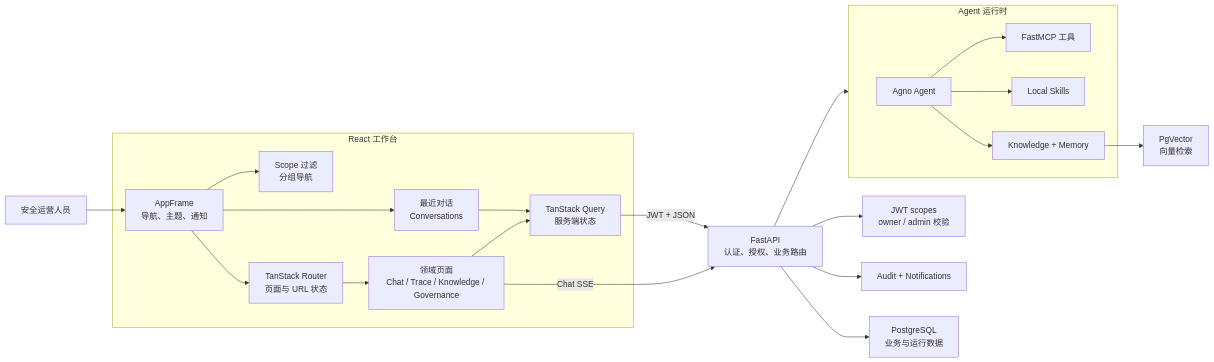
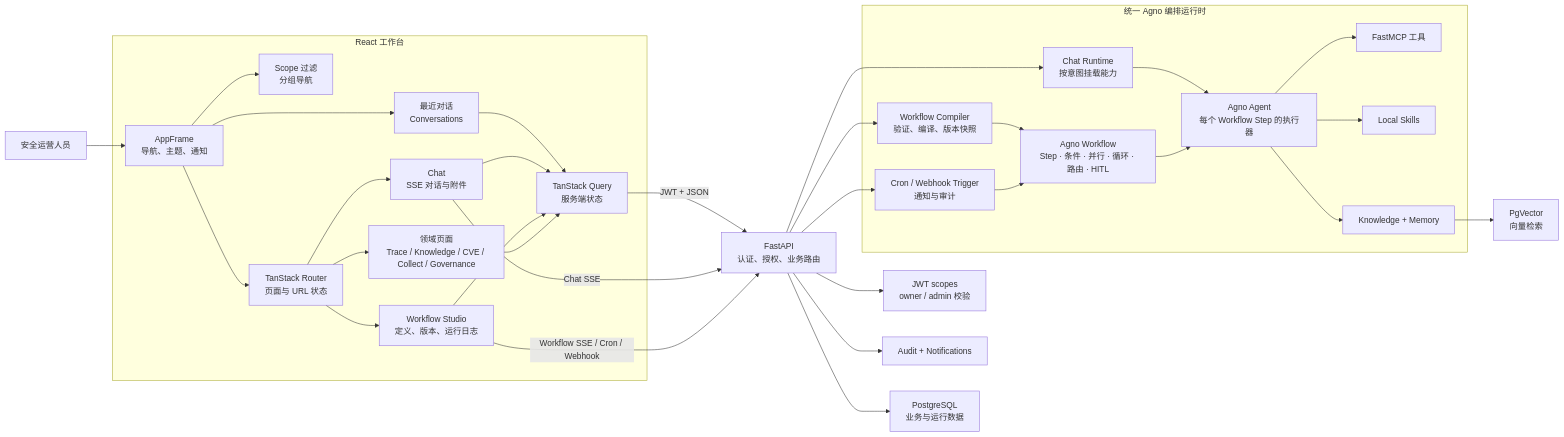
The first of 2 diagrams in README.md (Kenny3Shen/Agno-AIOS), drawn with Mermaid before and after one commit. The commit also changed 58 other files, not shown here.

````diff
--- a/README.md
+++ b/README.md
@@ -129,40 +129,57 @@
 ```mermaid
 flowchart LR
     Operator["安全运营人员"] --> Shell
 
     subgraph Browser["React 工作台"]
         Shell["AppFrame<br/>导航、主题、通知"]
         ScopeFilter["Scope 过滤<br/>分组导航"]
         Router["TanStack Router<br/>页面与 URL 状态"]
         Query["TanStack Query<br/>服务端状态"]
         Recents["最近对话<br/>Conversations"]
-        Features["领域页面<br/>Chat / Trace / Knowledge / Governance"]
+        Chat["Chat<br/>SSE 对话与附件"]
+        Studio["Workflow Studio<br/>定义、版本、运行日志"]
+        Features["领域页面<br/>Trace / Knowledge / CVE / Collect / Governance"]
 
         Shell --> ScopeFilter
         Shell --> Router
         Shell --> Recents
+        Router --> Chat
+        Router --> Studio
         Router --> Features
         Recents --> Query
+        Chat --> Query
+        Studio --> Query
         Features --> Query
     end
 
     Query -->|"JWT + JSON"| API["FastAPI<br/>认证、授权、业务路由"]
-    Features -->|"Chat SSE"| API
+    Chat -->|"Chat SSE"| API
+    Studio -->|"Workflow SSE / Cron / Webhook"| API
 
-    subgraph Runtime["Agent 运行时"]
-        Agno["Agno Agent"]
+    subgraph Runtime["统一 Agno 编排运行时"]
+        ChatRuntime["Chat Runtime<br/>按意图挂载能力"]
+        Compiler["Workflow Compiler<br/>验证、编译、版本快照"]
+        Orchestrator["Agno Workflow<br/>Step · 条件 · 并行 · 循环 · 路由 · HITL"]
+        Scheduler["Cron / Webhook Trigger<br/>通知与审计"]
+        Agent["Agno Agent<br/>每个 Workflow Step 的执行器"]
         MCP["FastMCP 工具"]
         Skills["Local Skills"]
         Retrieval["Knowledge + Memory"]
 
-        Agno --> MCP
-        Agno --> Skills
-        Agno --> Retrieval
+        ChatRuntime --> Agent
+        Compiler --> Orchestrator
+        Scheduler --> Orchestrator
+        Orchestrator --> Agent
+        Agent --> MCP
+        Agent --> Skills
+        Agent --> Retrieval
     end
 
-    API --> Runtime
+    API --> ChatRuntime
+    API --> Compiler
+    API --> Scheduler
     API --> Authz["JWT scopes<br/>owner / admin 校验"]
     API --> Audit["Audit + Notifications"]
     API --> Postgres["PostgreSQL<br/>业务与运行数据"]
     Retrieval --> PgVector["PgVector<br/>向量检索"]
 ```
````
